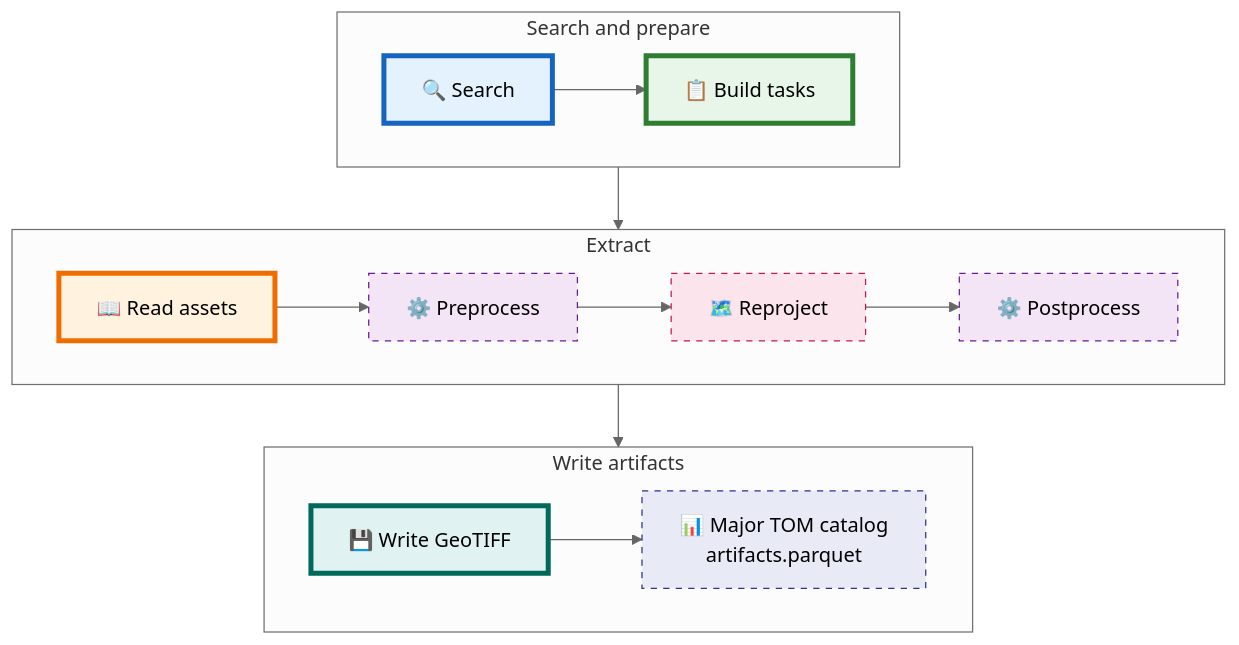
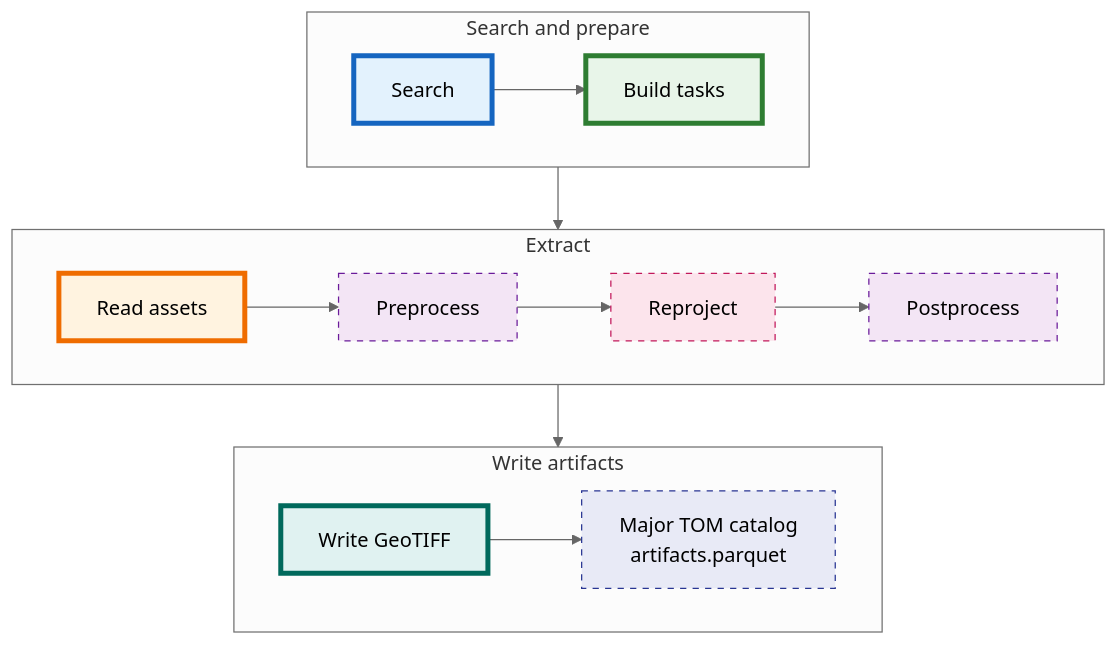
One commit to frandorr/aereo changed the first of 2 diagrams in README.md. Above: the diagram before and after it, drawn with Mermaid (neutral theme). The commit also changed other lines of this file, not shown here.

````diff
--- a/README.md
+++ b/README.md
@@ -23,35 +23,35 @@
 ```mermaid
 flowchart TB
     classDef required stroke-width:4px
     classDef optional stroke-dasharray: 5 5
 
     subgraph SearchAndPrepare ["Search and prepare"]
         direction LR
-        Search["🔍 Search"] --> Build["📋 Build tasks"]
+        Search["Search"] --> Build["Build tasks"]
     end
 
     subgraph Extract ["Extract"]
         direction LR
-        Read["📖 Read assets"] --> Preprocess["⚙️ Preprocess"] --> Reproject["🗺️ Reproject"] --> Postprocess["⚙️ Postprocess"]
+        Read["Read assets"] --> Preprocess["Preprocess"] --> Reproject["Reproject"] --> Postprocess["Postprocess"]
     end
 
     subgraph WriteArtifacts ["Write artifacts"]
         direction LR
-        Write["💾 Write GeoTIFF"] --> Catalog["📊 Major TOM catalog<br/>artifacts.parquet"]
+        Write["Write GeoTIFF"] --> Catalog["Major TOM catalog<br/>artifacts.parquet"]
     end
 
     SearchAndPrepare --> Extract
     Extract --> WriteArtifacts
 
     class Search,Build,Read,Write required
     class Preprocess,Reproject,Postprocess,Catalog optional
 
     style Search fill:#e3f2fd,stroke:#1565c0
     style Build fill:#e8f5e9,stroke:#2e7d32
     style Read fill:#fff3e0,stroke:#ef6c00
     style Preprocess fill:#f3e5f5,stroke:#6a1b9a
     style Reproject fill:#fce4ec,stroke:#c2185b
     style Postprocess fill:#f3e5f5,stroke:#6a1b9a
     style Write fill:#e0f2f1,stroke:#00695c
     style Catalog fill:#e8eaf6,stroke:#283593
 ```
````
